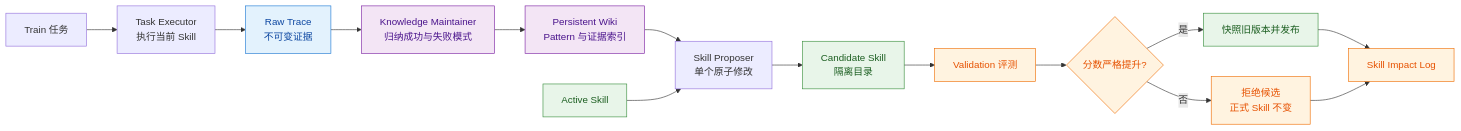
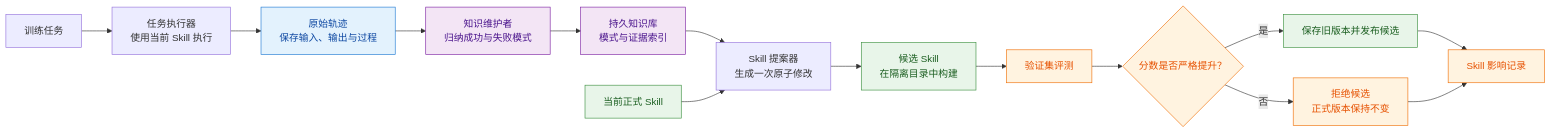
Before and after one commit to still0123/skill-learning-engine: the first of 2 diagrams in README.md, drawn with Mermaid. The commit also changed other lines of this file and 1 other file, not shown here.

````diff
--- a/README.md
+++ b/README.md
@@ -22,25 +36,25 @@
 ```mermaid
 flowchart LR
-    TASK["Train 任务"] --> EXEC["Task Executor<br/>执行当前 Skill"]
-    EXEC --> RAW["Raw Trace<br/>不可变证据"]
-    RAW --> MAINTAIN["Knowledge Maintainer<br/>归纳成功与失败模式"]
-    MAINTAIN --> WIKI["Persistent Wiki<br/>Pattern 与证据索引"]
-    WIKI --> PROPOSE["Skill Proposer<br/>单个原子修改"]
-    ACTIVE["Active Skill"] --> PROPOSE
-    PROPOSE --> CANDIDATE["Candidate Skill<br/>隔离目录"]
-    CANDIDATE --> VALIDATE["Validation 评测"]
-    VALIDATE --> GATE{"分数严格提升?"}
-    GATE -->|是| PROMOTE["快照旧版本并发布"]
-    GATE -->|否| REJECT["拒绝候选<br/>正式 Skill 不变"]
-    PROMOTE --> IMPACT["Skill Impact Log"]
+    TASK["训练任务"] --> EXEC["任务执行器<br/>使用当前 Skill 执行"]
+    EXEC --> RAW["原始轨迹<br/>保存输入、输出与过程"]
+    RAW --> MAINTAIN["知识维护者<br/>归纳成功与失败模式"]
+    MAINTAIN --> WIKI["持久知识库<br/>模式与证据索引"]
+    WIKI --> PROPOSE["Skill 提案器<br/>生成一次原子修改"]
+    ACTIVE["当前正式 Skill"] --> PROPOSE
+    PROPOSE --> CANDIDATE["候选 Skill<br/>在隔离目录中构建"]
+    CANDIDATE --> VALIDATE["验证集评测"]
+    VALIDATE --> GATE{"分数是否严格提升？"}
+    GATE -->|是| PROMOTE["保存旧版本并发布候选"]
+    GATE -->|否| REJECT["拒绝候选<br/>正式版本保持不变"]
+    PROMOTE --> IMPACT["Skill 影响记录"]
     REJECT --> IMPACT
 
     classDef evidence fill:#E3F2FD,stroke:#1976D2,color:#0D47A1
     classDef knowledge fill:#F3E5F5,stroke:#7B1FA2,color:#4A148C
     classDef skill fill:#E8F5E9,stroke:#388E3C,color:#1B5E20
     classDef gate fill:#FFF3E0,stroke:#EF6C00,color:#E65100
     class RAW evidence
     class MAINTAIN,WIKI knowledge
     class ACTIVE,CANDIDATE,PROMOTE skill
     class VALIDATE,GATE,REJECT,IMPACT gate
 ```
````
